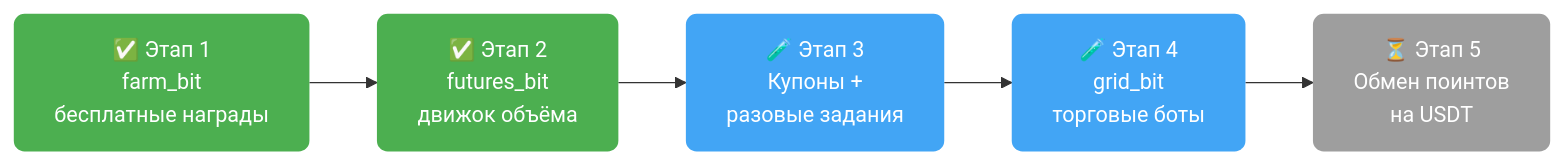
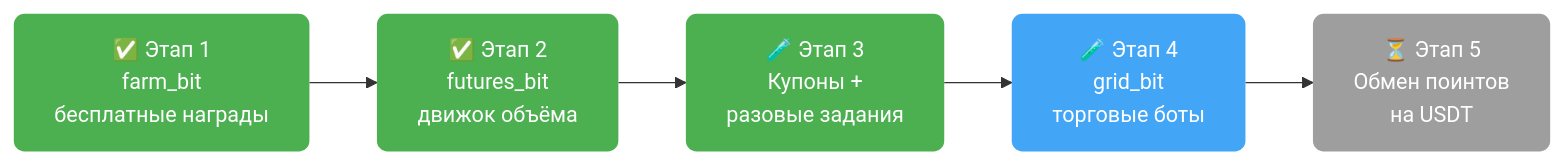
Before and after one commit to AutoPilotSoftware/docs: the third of 3 diagrams in src/content/docs/exchanges/bitget-autopilot/farm-progress.md, drawn with Mermaid. The commit also changed other lines of this file, not shown here.

````diff
--- a/src/content/docs/exchanges/bitget-autopilot/farm-progress.md
+++ b/src/content/docs/exchanges/bitget-autopilot/farm-progress.md
@@ -368,12 +379,12 @@
 ```mermaid
 flowchart LR
     A["✅ Этап 1<br/>farm_bit<br/>бесплатные награды"] --> B["✅ Этап 2<br/>futures_bit<br/>движок объёма"]
     B --> C["🧪 Этап 3<br/>Купоны +<br/>разовые задания"]
     C --> D["🧪 Этап 4<br/>grid_bit<br/>торговые боты"]
     D --> E["⏳ Этап 5<br/>Обмен поинтов<br/>на USDT"]
     style A fill:#4CAF50,color:#fff,stroke:none,rx:8
     style B fill:#4CAF50,color:#fff,stroke:none,rx:8
-    style C fill:#42A5F5,color:#fff,stroke:none,rx:8
+    style C fill:#4CAF50,color:#fff,stroke:none,rx:8
     style D fill:#42A5F5,color:#fff,stroke:none,rx:8
     style E fill:#9E9E9E,color:#fff,stroke:none,rx:8
 ```
````
